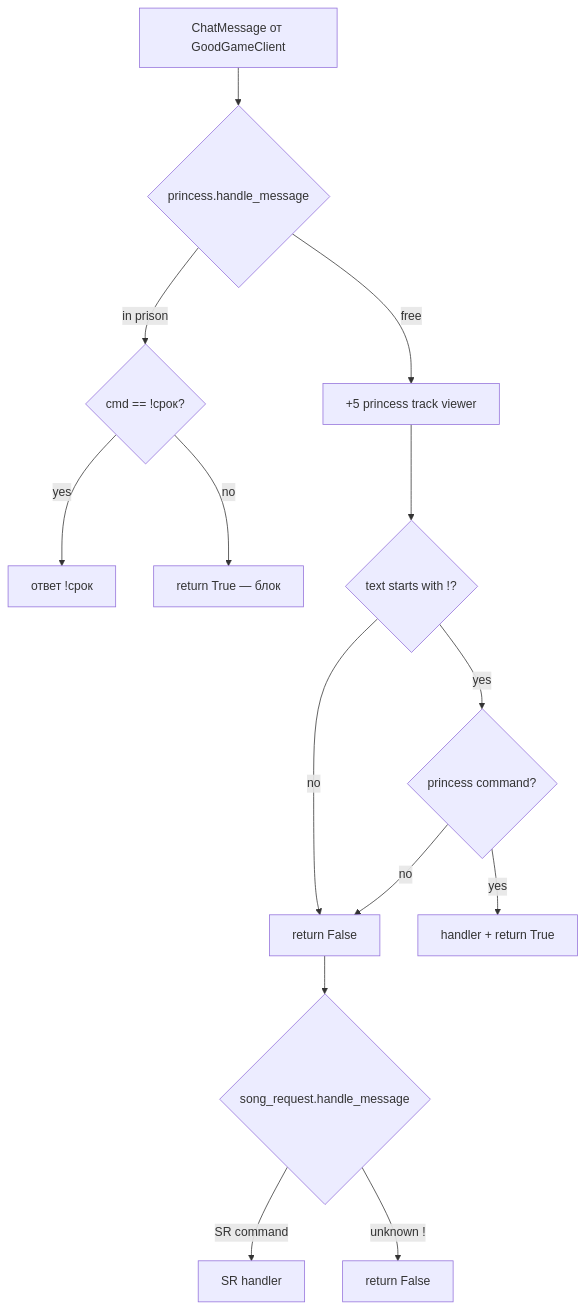
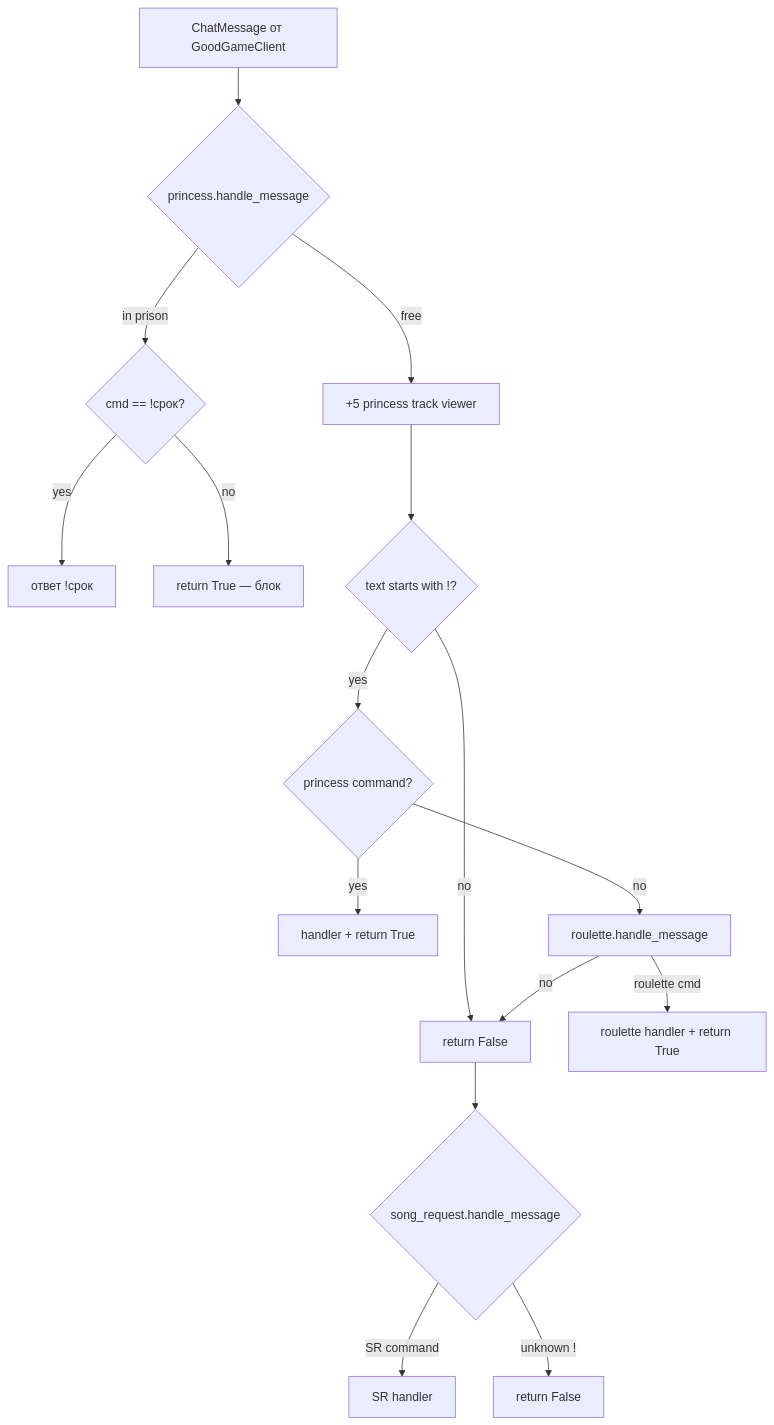
One commit to klon008/ggchatbot changed the third of 3 diagrams in README_DEV.md. Above: the diagram before and after it, drawn with Mermaid. The commit also changed other lines of this file and 23 other files, not shown here.

````diff
--- a/README_DEV.md
+++ b/README_DEV.md
@@ -531,20 +584,22 @@
 ```mermaid
 flowchart TD
     Msg[ChatMessage от GoodGameClient]
     Msg --> Princess{princess.handle_message}
 
     Princess -->|in prison| Srok{cmd == !срок?}
     Srok -->|yes| ReplySrok[ответ !срок]
     Srok -->|no| Block[return True — блок]
 
     Princess -->|free| Passive[+5 princess track viewer]
     Passive --> Cmd{text starts with !?}
     Cmd -->|no| SRCheck[return False]
     Cmd -->|yes| PrincessCmd{princess command?}
     PrincessCmd -->|yes| HandleP[handler + return True]
-    PrincessCmd -->|no| SRCheck
+    PrincessCmd -->|no| RouletteCheck[roulette.handle_message]
+    RouletteCheck -->|roulette cmd| HandleR[roulette handler + return True]
+    RouletteCheck -->|no| SRCheck
 
     SRCheck --> SR{song_request.handle_message}
     SR -->|SR command| HandleSR[SR handler]
     SR -->|unknown !| Ignore[return False]
 ```
````
